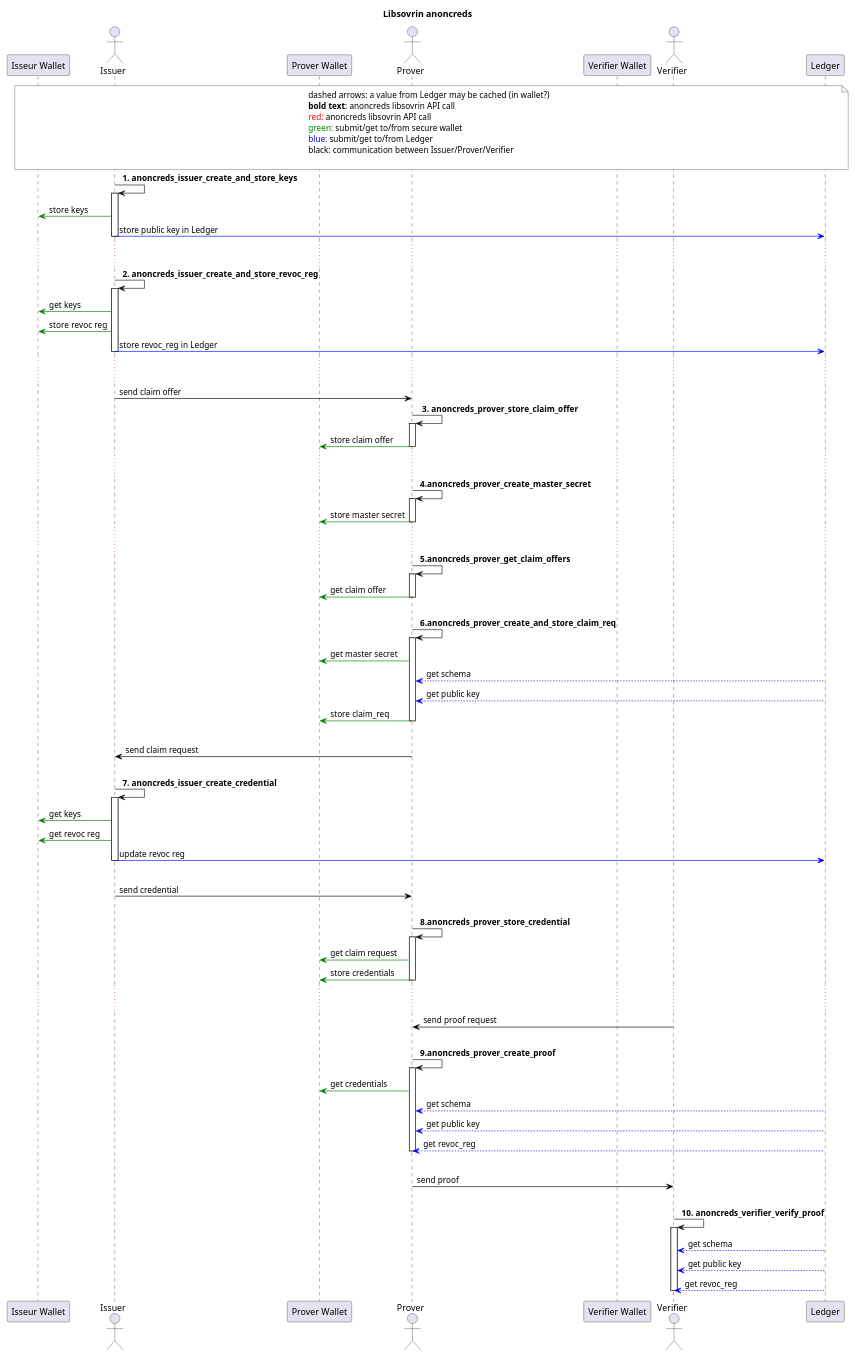
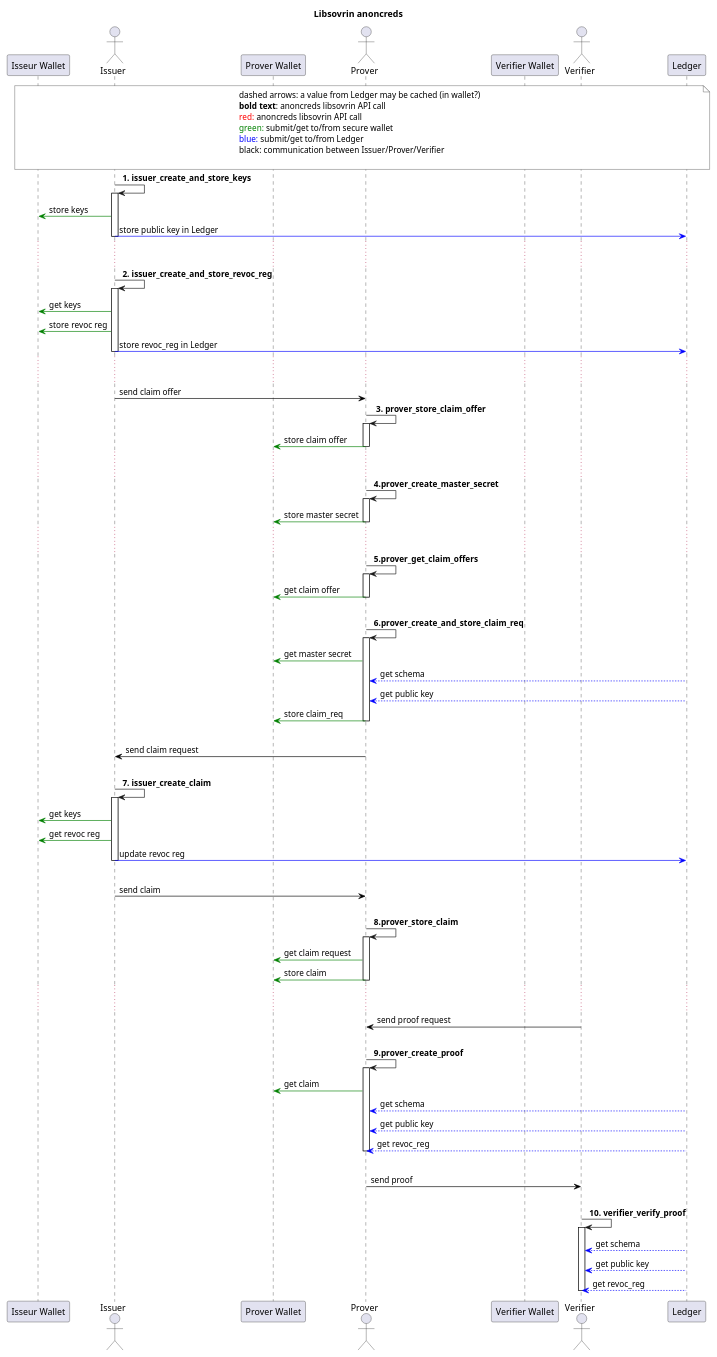
One commit to hyperledger-archives/indy-sdk changed the diagram in doc/libsovrin-anoncreds.puml. Above: the diagram before and after it, drawn with PlantUML. The commit also changed 4 other files, not shown here.

Commit message:
Get rid of prefixes in calls; renamed credentials to claims; renamed identity to did; added create_wallet and delete_wallet calls

```diff
--- a/doc/libsovrin-anoncreds.puml
+++ b/doc/libsovrin-anoncreds.puml
@@ -1,127 +1,127 @@
 @startuml
 title Libsovrin anoncreds
 scale 0.9
 participant "Isseur Wallet" as IW
 actor Issuer as I
 
 participant "Prover Wallet" as PW
 actor Prover as P
 
 participant "Verifier Wallet" as VW
 actor Verifier as V
 
 participant "Ledger" as L
 
 
 note over IW, L #white
     dashed arrows: a value from Ledger may be cached (in wallet?)
     <b>bold text</b>: anoncreds libsovrin API call
     <font color=red>red:</font> anoncreds libsovrin API call
     <font color=green>green:</font> submit/get to/from secure wallet
     <font color=blue>blue:</font> submit/get to/from Ledger
     black: communication between Issuer/Prover/Verifier
 
 endnote
 
 
 
-I -> I: <b>1. anoncreds_issuer_create_and_store_keys
+I -> I: <b>1. issuer_create_and_store_keys
 activate I
 I -[#green]> IW: store keys
 I-[#blue]>L: store public key in Ledger
 deactivate I
 ... ...
 
-I -> I: <b>2. anoncreds_issuer_create_and_store_revoc_reg
+I -> I: <b>2. issuer_create_and_store_revoc_reg
 activate I
 I -[#green]> IW: get keys
 I -[#green]> IW: store revoc reg
 I-[#blue]>L: store revoc_reg in Ledger
 deactivate I
 
 ... ...
 
 I -[#black]> P: send claim offer
 
-P -> P: <b> 3. anoncreds_prover_store_claim_offer
+P -> P: <b> 3. prover_store_claim_offer
 activate P
 P -[#green]> PW: store claim offer
 deactivate P
 
 ... ...
 
-P -> P: <b>4.anoncreds_prover_create_master_secret
+P -> P: <b>4.prover_create_master_secret
 activate P
 P -[#green]> PW: store master secret
 deactivate P
 
 ... ...
 
-P -> P: <b>5.anoncreds_prover_get_claim_offers
+P -> P: <b>5.prover_get_claim_offers
 activate P
 P -[#green]> PW: get claim offer
 deactivate P
 
 |||
 
-P -> P: <b>6.anoncreds_prover_create_and_store_claim_req
+P -> P: <b>6.prover_create_and_store_claim_req
 activate P
 P -[#green]> PW: get master secret
 L -[#blue]-> P: get schema
 L -[#blue]-> P: get public key
 P -[#green]> PW: store claim_req
 deactivate P
 
 |||
 
 P -[#black]> I: send claim request
 
 |||
 
-I -> I: <b>7. anoncreds_issuer_create_credential
+I -> I: <b>7. issuer_create_claim
 activate I
 I -[#green]> IW: get keys
 I -[#green]> IW: get revoc reg
 I -[#blue]> L: update revoc reg
 deactivate I
 
 |||
 
-I -[#black]> P: send credential
+I -[#black]> P: send claim
 
 |||
 
-P -> P: <b>8.anoncreds_prover_store_credential
+P -> P: <b>8.prover_store_claim
 activate P
 P -[#green]> PW: get claim request
-P -[#green]> PW: store credentials
+P -[#green]> PW: store claim
 deactivate P
 
 ... ...
 
 V -[#black]> P: send proof request
 
 |||
 
-P -> P: <b>9.anoncreds_prover_create_proof
+P -> P: <b>9.prover_create_proof
 activate P
-P -[#green]> PW: get credentials
+P -[#green]> PW: get claim
 L -[#blue]-> P: get schema
 L -[#blue]-> P: get public key
 L -[#blue]-> P: get revoc_reg
 deactivate P
 
 |||
 
 P -[#black]> V: send proof
 
 |||
 
-V -> V: <b>10. anoncreds_verifier_verify_proof
+V -> V: <b>10. verifier_verify_proof
 activate V
 L -[#blue]-> V: get schema
 L -[#blue]-> V: get public key
 L -[#blue]-> V: get revoc_reg
 deactivate V
 
 @enduml
```
